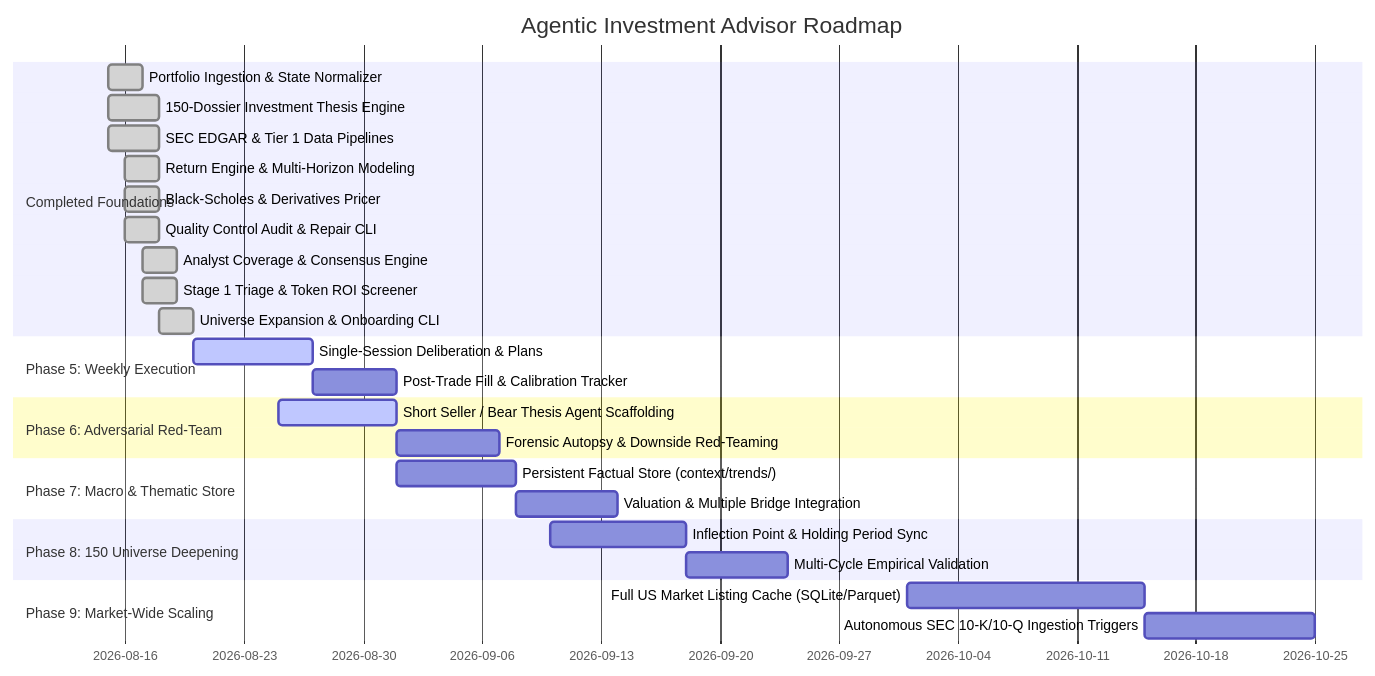
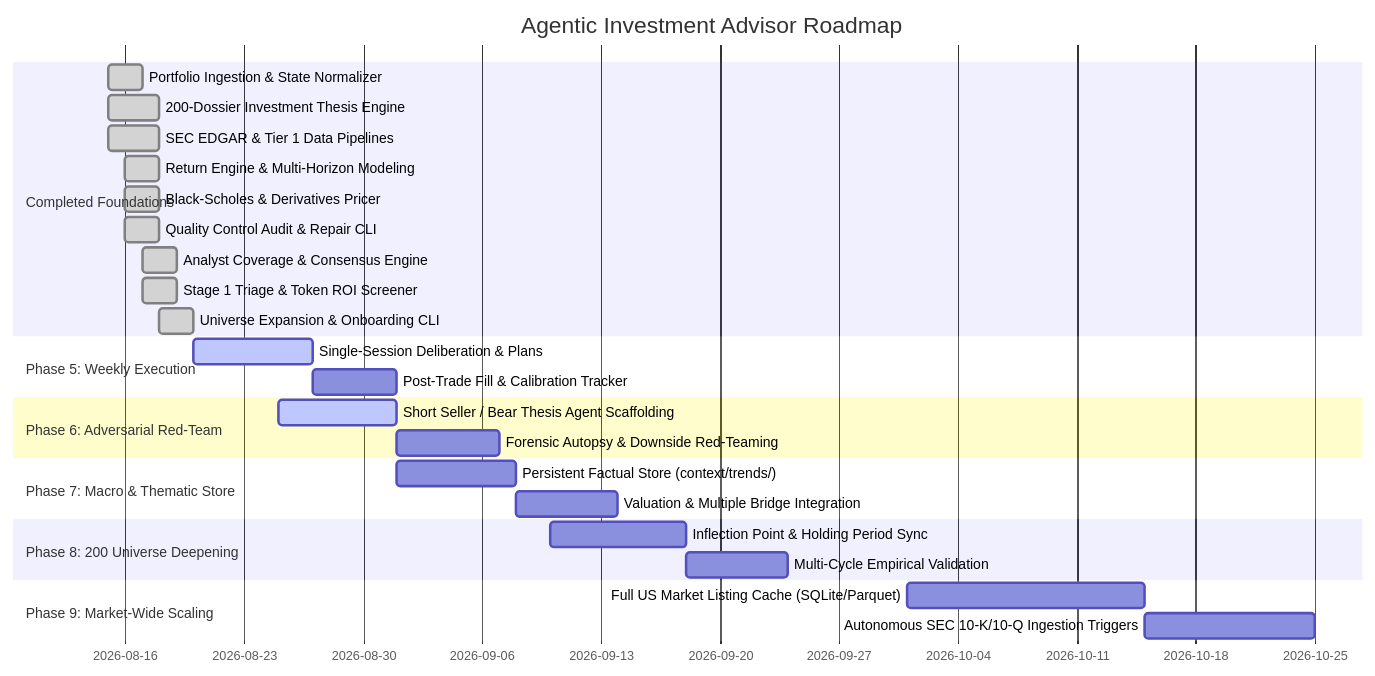
The diagram in ROADMAP.md (greenermoose/investments), drawn with Mermaid before and after one commit. The commit also changed 344 other files, not shown here.

Commit message:
feat: initialize equity data files and investment thesis documentation while updating project roadmap

````diff
--- a/ROADMAP.md
+++ b/ROADMAP.md
@@ -7,30 +7,30 @@
 ```mermaid
 gantt
     title Agentic Investment Advisor Roadmap
     dateFormat  YYYY-MM-DD
     section Completed Foundations
     Portfolio Ingestion & State Normalizer   :done, f1, 2026-08-15, 2026-08-17
-    150-Dossier Investment Thesis Engine    :done, f2, 2026-08-15, 2026-08-18
+    200-Dossier Investment Thesis Engine    :done, f2, 2026-08-15, 2026-08-18
     SEC EDGAR & Tier 1 Data Pipelines       :done, f3, 2026-08-15, 2026-08-18
     Return Engine & Multi-Horizon Modeling  :done, f4, 2026-08-16, 2026-08-18
     Black-Scholes & Derivatives Pricer      :done, f5, 2026-08-16, 2026-08-18
     Quality Control Audit & Repair CLI      :done, f6, 2026-08-16, 2026-08-18
     Analyst Coverage & Consensus Engine     :done, f7, 2026-08-17, 2026-08-19
     Stage 1 Triage & Token ROI Screener     :done, f8, 2026-08-17, 2026-08-19
     Universe Expansion & Onboarding CLI     :done, f9, 2026-08-18, 2026-08-20
     section Phase 5: Weekly Execution
     Single-Session Deliberation & Plans     :active, p5_1, 2026-08-20, 7d
     Post-Trade Fill & Calibration Tracker   :p5_2, after p5_1, 5d
     section Phase 6: Adversarial Red-Team
     Short Seller / Bear Thesis Agent Scaffolding :active, p6_1, 2026-08-25, 7d
     Forensic Autopsy & Downside Red-Teaming      :p6_2, after p6_1, 6d
     section Phase 7: Macro & Thematic Store
     Persistent Factual Store (context/trends/)   :p7_1, 2026-09-01, 7d
     Valuation & Multiple Bridge Integration      :p7_2, after p7_1, 6d
-    section Phase 8: 150 Universe Deepening
+    section Phase 8: 200 Universe Deepening
     Inflection Point & Holding Period Sync       :p8_1, 2026-09-10, 8d
     Multi-Cycle Empirical Validation             :p8_2, after p8_1, 6d
     section Phase 9: Market-Wide Scaling
     Full US Market Listing Cache (SQLite/Parquet):p9_1, 2026-10-01, 14d
     Autonomous SEC 10-K/10-Q Ingestion Triggers  :p9_2, after p9_1, 10d
 ```
````
